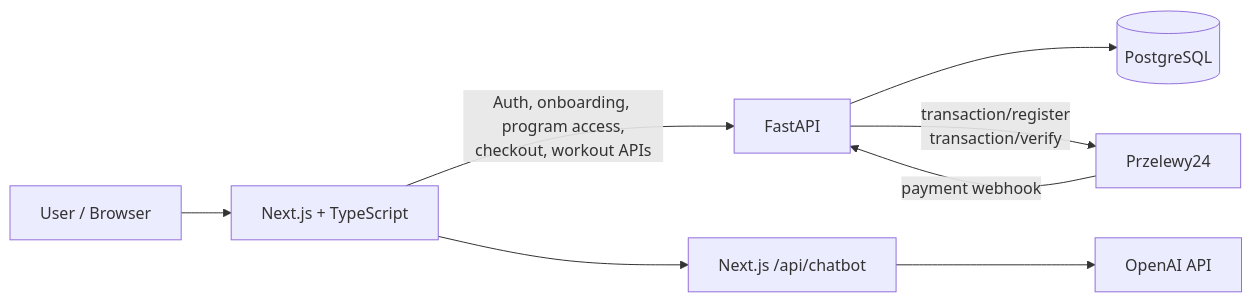
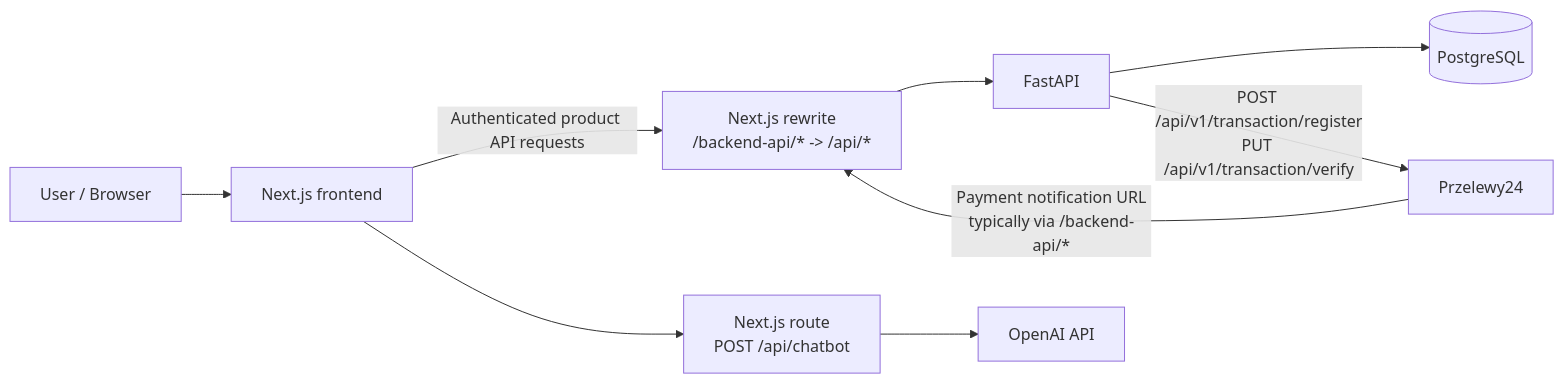
One commit to przegonoskar/90-days-challenge-case-study changed the first of 3 diagrams in README.md. Above: the diagram before and after it, drawn with Mermaid. The commit also changed other lines of this file and 2 other files, not shown here.

````diff
--- a/README.md
+++ b/README.md
@@ -59,24 +68,25 @@
 ```mermaid
 flowchart LR
     U[User / Browser]
-
-    FE[Next.js + TypeScript]
-    CHAT[Next.js /api/chatbot]
+    FE[Next.js frontend]
+    PROXY["Next.js rewrite<br/>/backend-api/* -> /api/*"]
+    CHAT["Next.js route<br/>POST /api/chatbot"]
 
     API[FastAPI]
     DB[(PostgreSQL)]
 
     P24[Przelewy24]
     OAI[OpenAI API]
 
     U --> FE
 
-    FE -->|Auth, onboarding, program access,<br/>checkout, workout APIs| API
+    FE -->|Authenticated product API requests| PROXY
+    PROXY --> API
     API --> DB
 
-    API -->|transaction/register<br/>transaction/verify| P24
-    P24 -->|payment webhook| API
+    API -->|POST /api/v1/transaction/register<br/>PUT /api/v1/transaction/verify| P24
+    P24 -->|Payment notification URL<br/>typically via /backend-api/*| PROXY
 
     FE --> CHAT
     CHAT --> OAI
 ```
````
